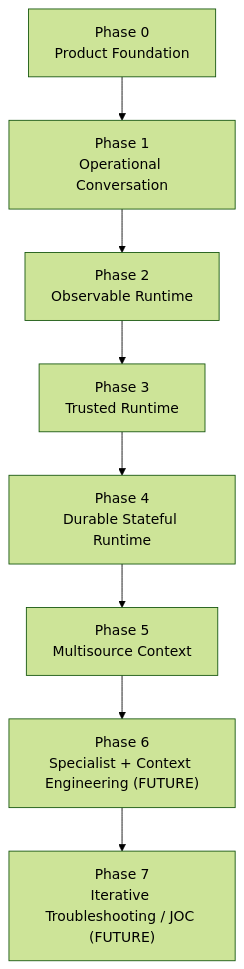
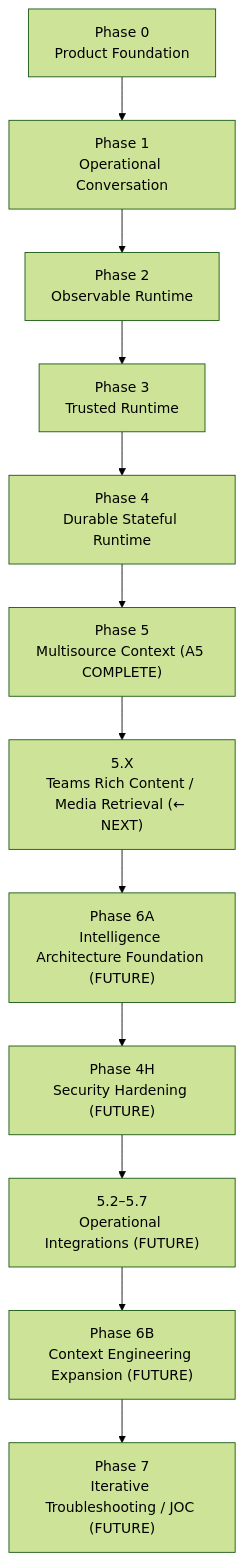
The first of 10 diagrams in docs/BUILD_SEQUENCE.md (drak0niii/SLOPANOC), drawn with Mermaid (forest theme) before and after one commit. The commit also changed other lines of this file and 4 other files, not shown here.

Commit message:
docs: realign roadmap for 5x and phase 6 split

````diff
--- a/docs/BUILD_SEQUENCE.md
+++ b/docs/BUILD_SEQUENCE.md
@@ -322,10 +538,14 @@
 ```mermaid
 flowchart TD
     P0["Phase 0<br/>Product Foundation"] --> P1["Phase 1<br/>Operational Conversation"]
     P1 --> P2["Phase 2<br/>Observable Runtime"]
     P2 --> P3["Phase 3<br/>Trusted Runtime"]
     P3 --> P4["Phase 4<br/>Durable Stateful Runtime"]
-    P4 --> P5["Phase 5<br/>Multisource Context"]
-    P5 --> P6["Phase 6<br/>Specialist + Context Engineering (FUTURE)"]
-    P6 --> P7["Phase 7<br/>Iterative Troubleshooting / JOC (FUTURE)"]
+    P4 --> P5["Phase 5<br/>Multisource Context (A5 COMPLETE)"]
+    P5 --> PX["5.X<br/>Teams Rich Content / Media Retrieval (← NEXT)"]
+    PX --> P6A["Phase 6A<br/>Intelligence Architecture Foundation (FUTURE)"]
+    P6A --> P4H["Phase 4H<br/>Security Hardening (FUTURE)"]
+    P4H --> P5B["5.2–5.7<br/>Operational Integrations (FUTURE)"]
+    P5B --> P6B["Phase 6B<br/>Context Engineering Expansion (FUTURE)"]
+    P6B --> P7["Phase 7<br/>Iterative Troubleshooting / JOC (FUTURE)"]
 ```
````
